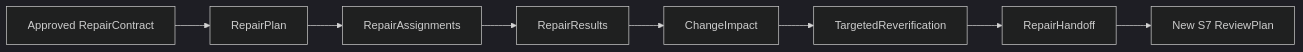
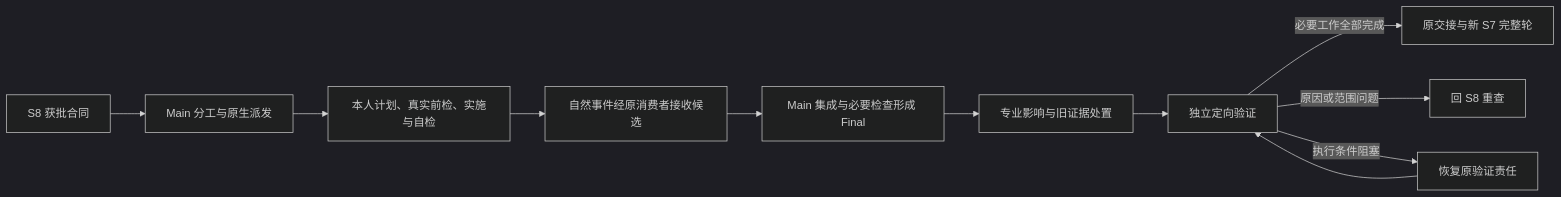
One commit to entroforge/go-system-builder changed the diagram in blueprint/l3-stages/L3-S9-repair.md. Above: the diagram before and after it, drawn with Mermaid (dark theme). The commit also changed other lines of this file and 1562 other files, not shown here.

````diff
--- a/blueprint/l3-stages/L3-S9-repair.md
+++ b/blueprint/l3-stages/L3-S9-repair.md
@@ -150,10 +15,13 @@
 ```mermaid
 flowchart LR
-    RC["Approved RepairContract"] --> RP["RepairPlan"]
-    RP --> RA["RepairAssignments"]
-    RA --> RR["RepairResults"]
-    RR --> CI["ChangeImpact"]
-    CI --> TV["TargetedReverification"]
-    TV --> RH["RepairHandoff"]
-    RH --> S7["New S7 ReviewPlan"]
+    CONTRACT["S8 获批合同"] --> DIVIDE["Main 分工与原生派发"]
+    DIVIDE --> BUILD["本人计划、真实前检、实施与自检"]
+    BUILD --> CANDIDATE["自然事件经原消费者接收候选"]
+    CANDIDATE --> FINAL["Main 集成与必要检查形成 Final"]
+    FINAL --> IMPACT["专业影响与旧证据处置"]
+    IMPACT --> TARGET["独立定向验证"]
+    TARGET -->|"必要工作全部完成"| HANDOFF["原交接与新 S7 完整轮"]
+    TARGET -->|"原因或范围问题"| INVESTIGATE["回 S8 重查"]
+    TARGET -->|"执行条件阻塞"| RECOVER["恢复原验证责任"]
+    RECOVER --> TARGET
 ```
````
